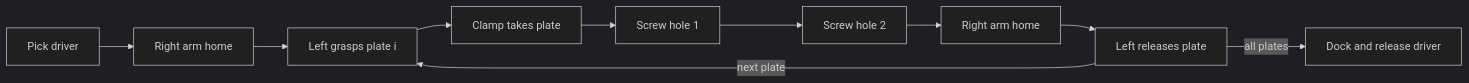
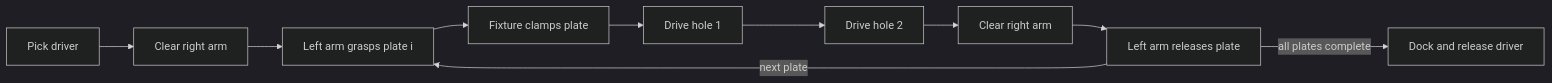
The first of 3 diagrams in docs/examples/screw-assembly.mdx (thanhndv212/long-tamp-webpage), drawn with Mermaid (dark theme) before and after one commit. The commit also changed other lines of this file and 20 other files, not shown here.

````diff
--- a/docs/examples/screw-assembly.mdx
+++ b/docs/examples/screw-assembly.mdx
@@ -55,12 +49,12 @@
 ```mermaid
 flowchart LR
-  D[Pick driver] --> H0[Right arm home]
-  H0 --> G[Left grasps plate i]
-  G --> C[Clamp takes plate]
-  C --> S1[Screw hole 1]
-  S1 --> S2[Screw hole 2]
-  S2 --> H[Right arm home]
-  H --> R[Left releases plate]
+  D[Pick driver] --> H0[Clear right arm]
+  H0 --> G[Left arm grasps plate i]
+  G --> C[Fixture clamps plate]
+  C --> S1[Drive hole 1]
+  S1 --> S2[Drive hole 2]
+  S2 --> H[Clear right arm]
+  H --> R[Left arm releases plate]
   R -->|next plate| G
-  R -->|all plates| Dock[Dock and release driver]
+  R -->|all plates complete| Dock[Dock and release driver]
 ```
````
